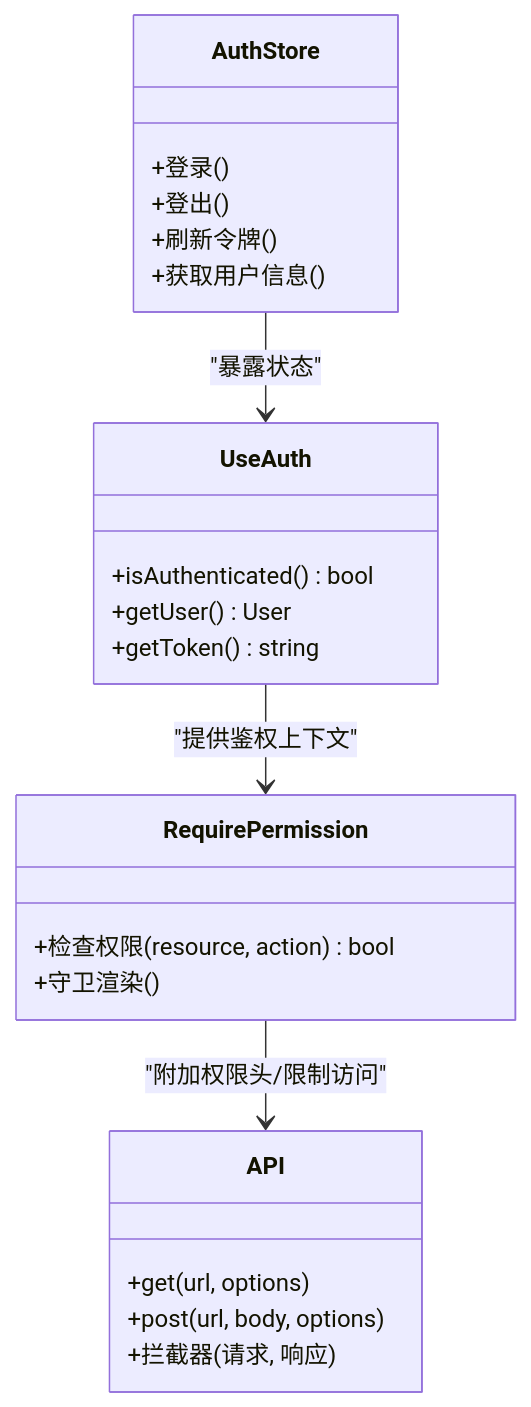
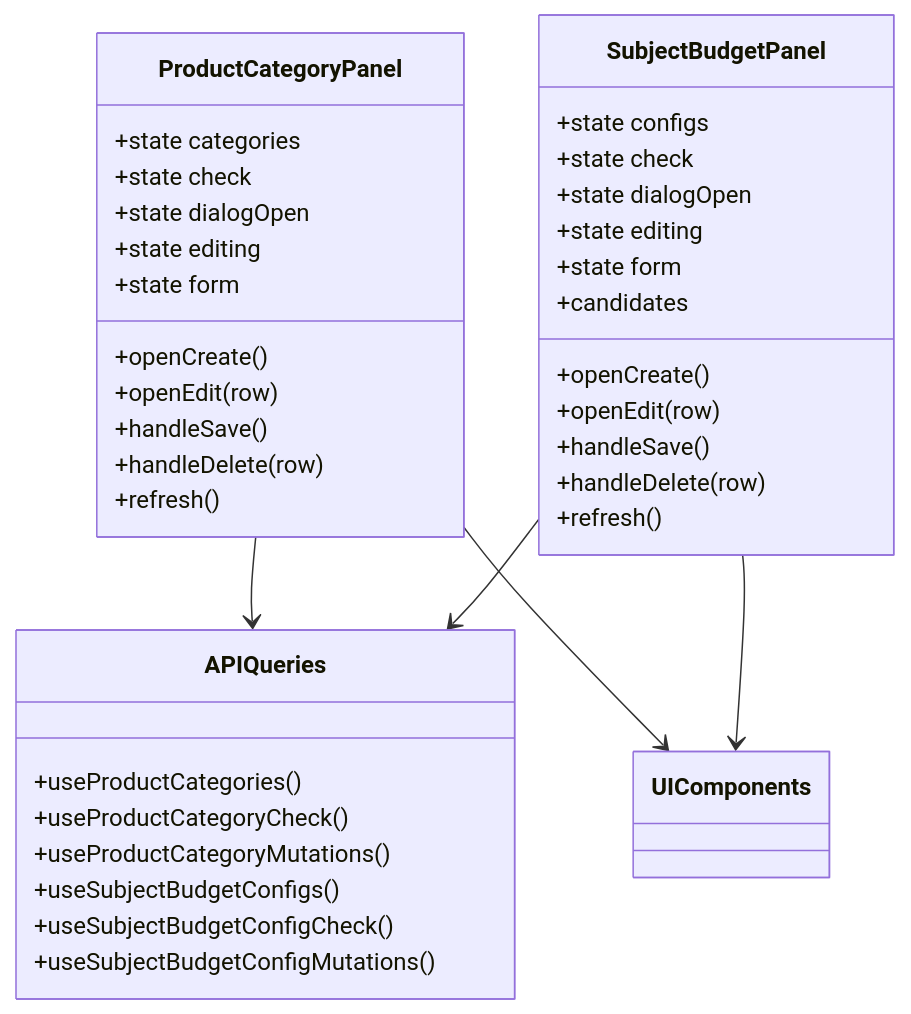
One commit to Damao997/newproject changed the seventh of 9 diagrams in .qoder/repowiki/zh/content/架构设计/数据库架构设计.md. Above: the diagram before and after it, drawn with Mermaid. The commit also changed other lines of this file and 10 other files, not shown here.

````diff
--- a/.qoder/repowiki/zh/content/架构设计/数据库架构设计.md
+++ b/.qoder/repowiki/zh/content/架构设计/数据库架构设计.md
@@ -208,26 +308,40 @@
 ```mermaid
 classDiagram
-class AuthStore {
-+登录()
-+登出()
-+刷新令牌()
-+获取用户信息()
+class ProductCategoryPanel {
++state categories
++state check
++state dialogOpen
++state editing
++state form
++openCreate()
++openEdit(row)
++handleSave()
++handleDelete(row)
++refresh()
 }
-class UseAuth {
-+isAuthenticated() bool
-+getUser() User
-+getToken() string
+class SubjectBudgetPanel {
++state configs
++state check
++state dialogOpen
++state editing
++state form
++candidates
++openCreate()
++openEdit(row)
++handleSave()
++handleDelete(row)
++refresh()
 }
-class RequirePermission {
-+检查权限(resource, action) bool
-+守卫渲染()
+class APIQueries {
++useProductCategories()
++useProductCategoryCheck()
++useProductCategoryMutations()
++useSubjectBudgetConfigs()
++useSubjectBudgetConfigCheck()
++useSubjectBudgetConfigMutations()
 }
-class API {
-+get(url, options)
-+post(url, body, options)
-+拦截器(请求, 响应)
-}
-AuthStore --> UseAuth : "暴露状态"
-UseAuth --> RequirePermission : "提供鉴权上下文"
-RequirePermission --> API : "附加权限头/限制访问"
+ProductCategoryPanel --> APIQueries
+SubjectBudgetPanel --> APIQueries
+ProductCategoryPanel --> UIComponents
+SubjectBudgetPanel --> UIComponents
 ```
````
